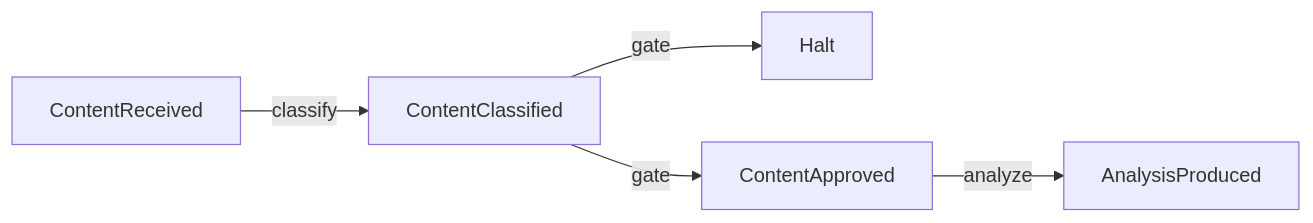
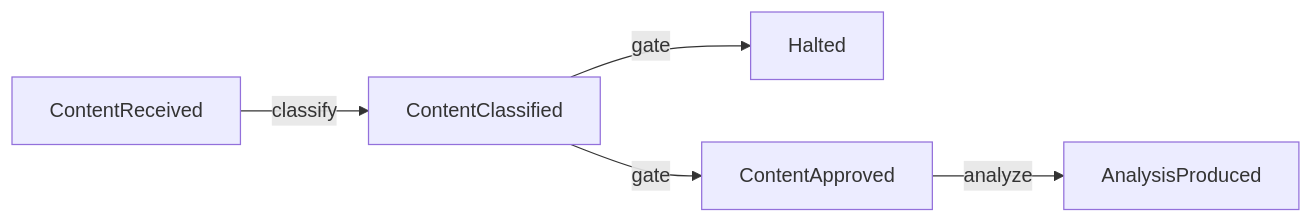
One commit to cadance-io/langgraph-events changed the diagram in examples/content_pipeline.graph.md. Above: the diagram before and after it, drawn with Mermaid. The commit also changed 8 other files, not shown here.

````diff
--- a/examples/content_pipeline.graph.md
+++ b/examples/content_pipeline.graph.md
@@ -4,7 +4,7 @@
 ```mermaid
 graph LR
     ContentReceived -->|classify| ContentClassified
-    ContentClassified -->|gate| Halt
+    ContentClassified -->|gate| Halted
     ContentClassified -->|gate| ContentApproved
     ContentApproved -->|analyze| AnalysisProduced
 ```
````
